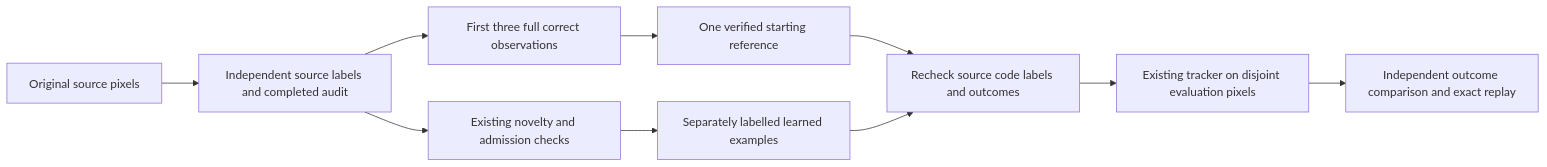
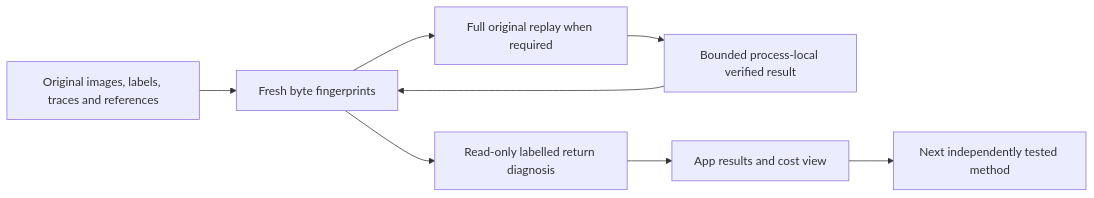
One commit to eyeoverthink/Fraynix-Agent-Workspace changed the diagram in README.md. Above: the diagram before and after it, drawn with Mermaid. The commit also changed other lines of this file and 70 other files, not shown here.

Commit message:
Document edition 151 return diagnosis and verified replay costs

````diff
--- a/README.md
+++ b/README.md
@@ -65,12 +119,10 @@
 ```mermaid
 flowchart LR
-    P[Original source pixels] --> A[Independent source labels and completed audit]
-    A --> S[First three full correct observations]
-    S --> R[One verified starting reference]
-    A --> N[Existing novelty and admission checks]
-    N --> L[Separately labelled learned examples]
-    R --> V[Recheck source code labels and outcomes]
-    L --> V
-    V --> T[Existing tracker on disjoint evaluation pixels]
-    T --> O[Independent outcome comparison and exact replay]
+  S[Original images, labels, traces and references] --> F[Fresh byte fingerprints]
+  F --> V[Full original replay when required]
+  V --> M[Bounded process-local verified result]
+  M --> F
+  F --> D[Read-only labelled return diagnosis]
+  D --> U[App results and cost view]
+  U --> N[Next independently tested method]
 ```
````
